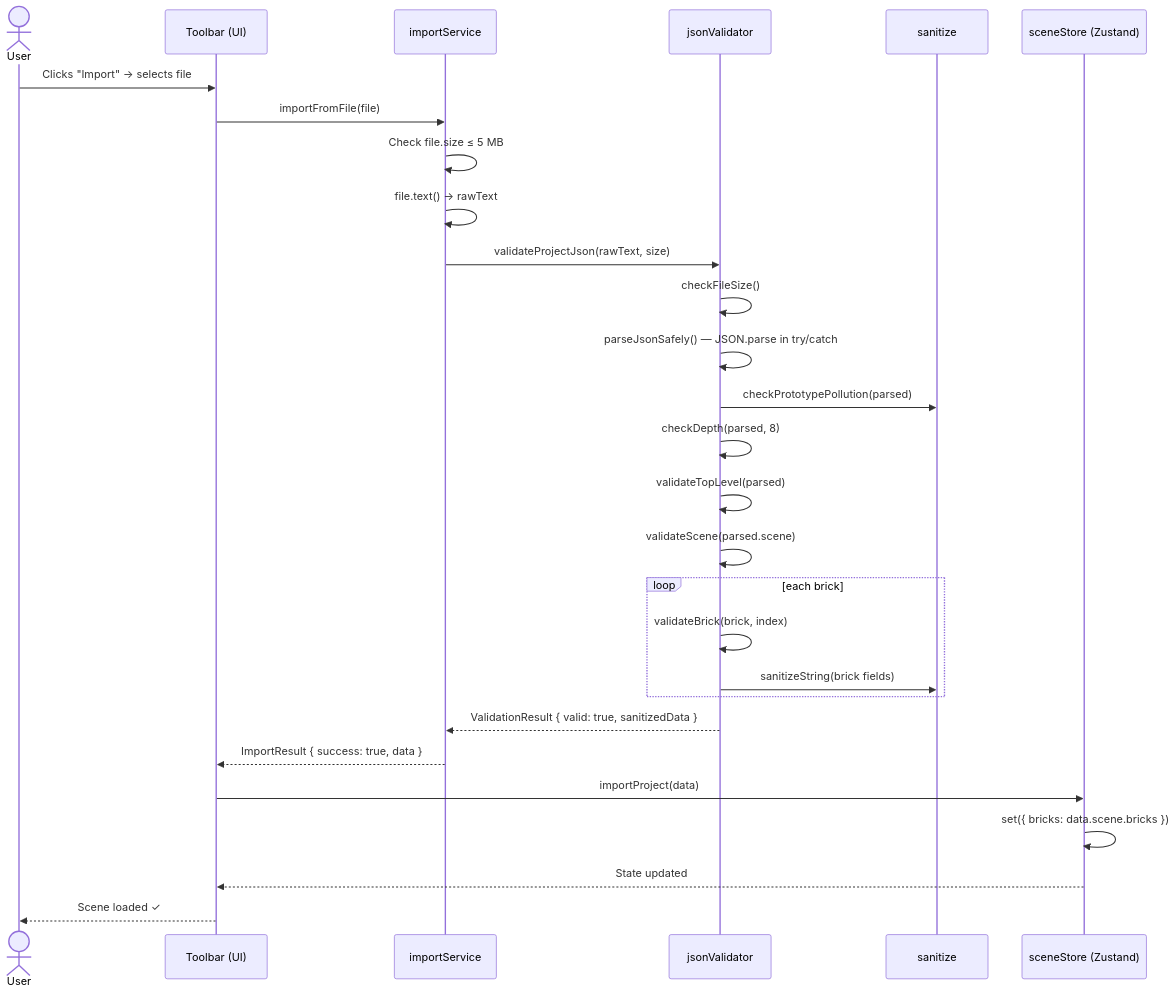
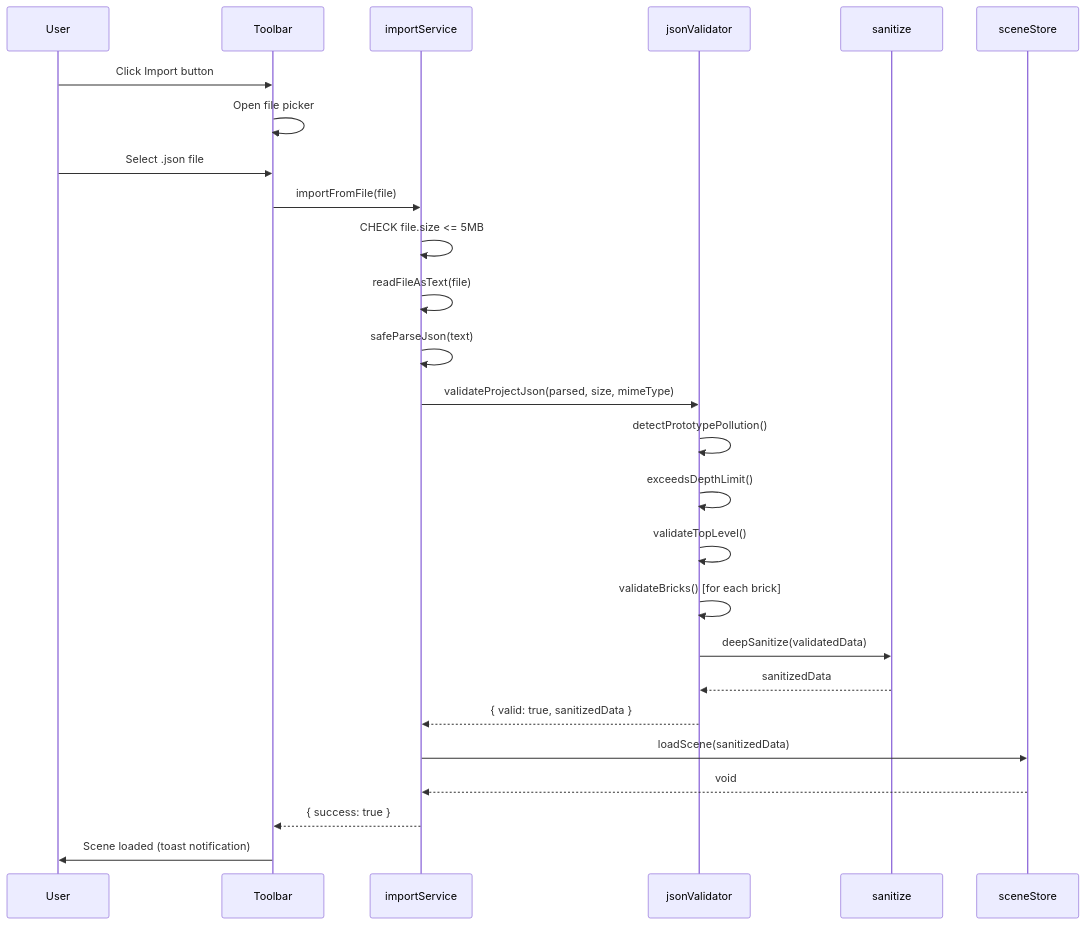
The first of 4 diagrams in docs/features/NFR-SEC-001/LOW_LEVEL_DESIGN.md (sreenivasmrpivot/legobuilder), drawn with Mermaid before and after one commit. The commit also changed other lines of this file, not shown here.

First line of the commit message:
docs: LLD for NFR-SEC-001 — Validate all imported JSON files against schema; prevent arbitrary code execution

````diff
--- a/docs/features/NFR-SEC-001/LOW_LEVEL_DESIGN.md
+++ b/docs/features/NFR-SEC-001/LOW_LEVEL_DESIGN.md
@@ -359,31 +329,29 @@
 ```mermaid
 sequenceDiagram
-    actor User
-    participant Toolbar as Toolbar (UI)
-    participant ImportSvc as importService
-    participant Validator as jsonValidator
-    participant Sanitize as sanitize
-    participant SceneStore as sceneStore (Zustand)
+    participant User
+    participant Toolbar
+    participant importService
+    participant jsonValidator
+    participant sanitize
+    participant sceneStore
 
-    User->>Toolbar: Clicks "Import" → selects file
-    Toolbar->>ImportSvc: importFromFile(file)
-    ImportSvc->>ImportSvc: Check file.size ≤ 5 MB
-    ImportSvc->>ImportSvc: file.text() → rawText
-    ImportSvc->>Validator: validateProjectJson(rawText, size)
-    Validator->>Validator: checkFileSize()
-    Validator->>Validator: parseJsonSafely() — JSON.parse in try/catch
-    Validator->>Sanitize: checkPrototypePollution(parsed)
-    Validator->>Validator: checkDepth(parsed, 8)
-    Validator->>Validator: validateTopLevel(parsed)
-    Validator->>Validator: validateScene(parsed.scene)
-    loop each brick
-        Validator->>Validator: validateBrick(brick, index)
-        Validator->>Sanitize: sanitizeString(brick fields)
-    end
-    Validator-->>ImportSvc: ValidationResult { valid: true, sanitizedData }
-    ImportSvc-->>Toolbar: ImportResult { success: true, data }
-    Toolbar->>SceneStore: importProject(data)
-    SceneStore->>SceneStore: set({ bricks: data.scene.bricks })
-    SceneStore-->>Toolbar: State updated
-    Toolbar-->>User: Scene loaded ✓
+    User->>Toolbar: Click Import button
+    Toolbar->>Toolbar: Open file picker
+    User->>Toolbar: Select .json file
+    Toolbar->>importService: importFromFile(file)
+    importService->>importService: CHECK file.size <= 5MB
+    importService->>importService: readFileAsText(file)
+    importService->>importService: safeParseJson(text)
+    importService->>jsonValidator: validateProjectJson(parsed, size, mimeType)
+    jsonValidator->>jsonValidator: detectPrototypePollution()
+    jsonValidator->>jsonValidator: exceedsDepthLimit()
+    jsonValidator->>jsonValidator: validateTopLevel()
+    jsonValidator->>jsonValidator: validateBricks() [for each brick]
+    jsonValidator->>sanitize: deepSanitize(validatedData)
+    sanitize-->>jsonValidator: sanitizedData
+    jsonValidator-->>importService: { valid: true, sanitizedData }
+    importService->>sceneStore: loadScene(sanitizedData)
+    sceneStore-->>importService: void
+    importService-->>Toolbar: { success: true }
+    Toolbar->>User: Scene loaded (toast notification)
 ```
````
